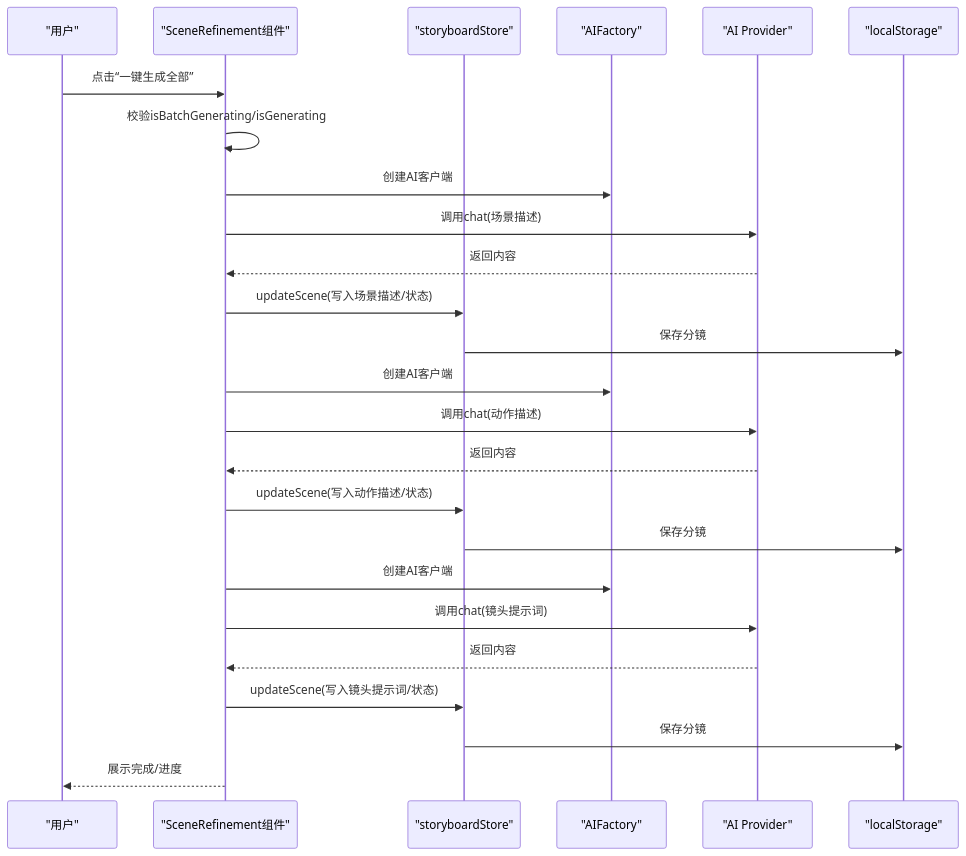
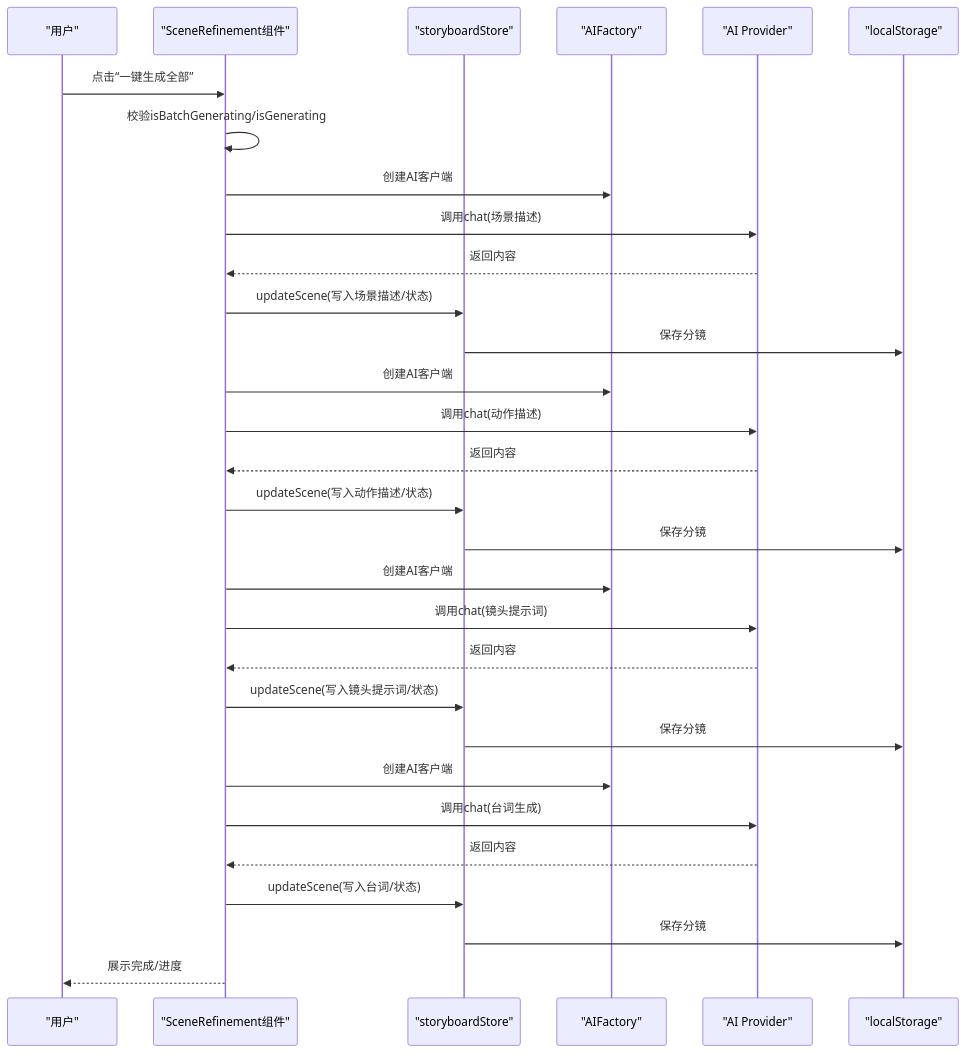
Before and after one commit to leonaiuv/aixsss: the second of 4 diagrams in .qoder/repowiki/zh/content/技术架构/组件架构/核心组件/编辑器工作流/分镜细化.md, drawn with Mermaid. The commit also changed other lines of this file and 5 other files, not shown here.

````diff
--- a/.qoder/repowiki/zh/content/技术架构/组件架构/核心组件/编辑器工作流/分镜细化.md
+++ b/.qoder/repowiki/zh/content/技术架构/组件架构/核心组件/编辑器工作流/分镜细化.md
@@ -114,27 +122,32 @@
 ```mermaid
 sequenceDiagram
 participant U as "用户"
 participant C as "SceneRefinement组件"
 participant S as "storyboardStore"
 participant F as "AIFactory"
 participant P as "AI Provider"
 participant L as "localStorage"
 U->>C : 点击“一键生成全部”
 C->>C : 校验isBatchGenerating/isGenerating
 C->>F : 创建AI客户端
 C->>P : 调用chat(场景描述)
 P-->>C : 返回内容
 C->>S : updateScene(写入场景描述/状态)
 S->>L : 保存分镜
 C->>F : 创建AI客户端
 C->>P : 调用chat(动作描述)
 P-->>C : 返回内容
 C->>S : updateScene(写入动作描述/状态)
 S->>L : 保存分镜
 C->>F : 创建AI客户端
 C->>P : 调用chat(镜头提示词)
 P-->>C : 返回内容
 C->>S : updateScene(写入镜头提示词/状态)
 S->>L : 保存分镜
+C->>F : 创建AI客户端
+C->>P : 调用chat(台词生成)
+P-->>C : 返回内容
+C->>S : updateScene(写入台词/状态)
+S->>L : 保存分镜
 C-->>U : 展示完成/进度
 ```
````
